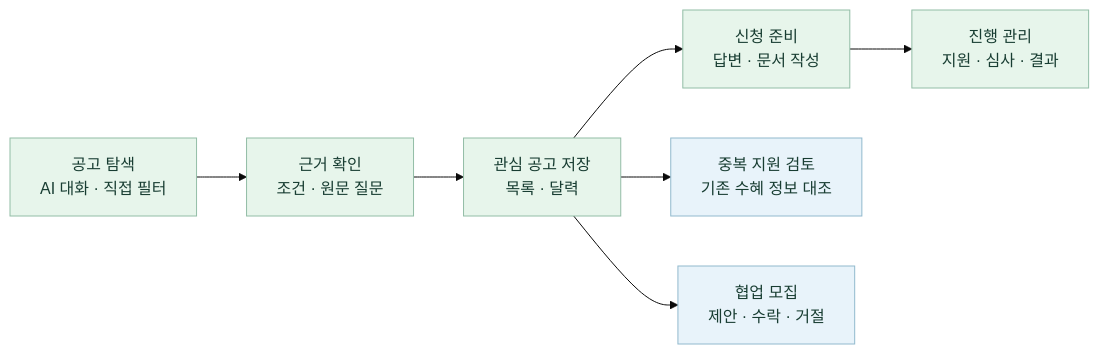
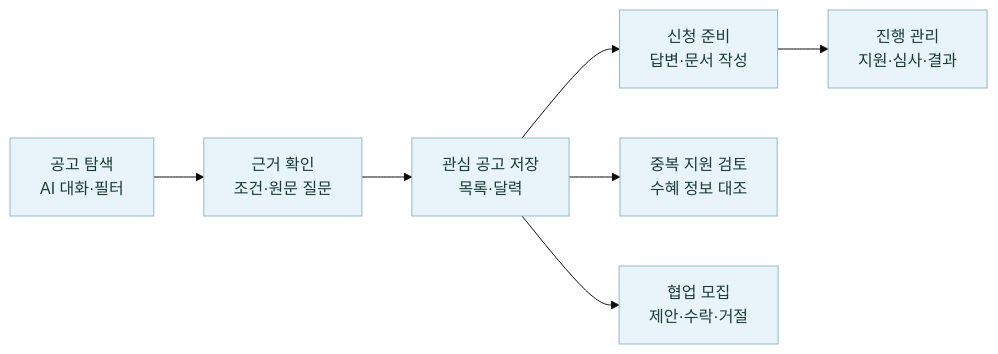
Before and after one commit to 20220348-kim/SKN34-4th-1Team: the first of 17 diagrams in README.md, drawn with Mermaid (base theme). The commit also changed other lines of this file and 1 other file, not shown here.

````diff
--- a/README.md
+++ b/README.md
@@ -63,13 +63,11 @@
 ```mermaid
 flowchart LR
-    Search["공고 탐색<br/>AI 대화 · 직접 필터"] --> Evidence["근거 확인<br/>조건 · 원문 질문"]
-    Evidence --> Save["관심 공고 저장<br/>목록 · 달력"]
-    Save --> Document["신청 준비<br/>답변 · 문서 작성"]
-    Document --> Progress["진행 관리<br/>지원 · 심사 · 결과"]
-    Save --> Review["중복 지원 검토<br/>기존 수혜 정보 대조"]
-    Save --> Partner["협업 모집<br/>제안 · 수락 · 거절"]
-    classDef step fill:#e7f5eb,stroke:#92bda6,color:#183d32
-    classDef related fill:#e8f3fa,stroke:#91b9cd,color:#183d32
-    class Search,Evidence,Save,Document,Progress step
-    class Review,Partner related
+    Search["공고 탐색<br/>AI 대화·필터"] --> Evidence["근거 확인<br/>조건·원문 질문"]
+    Evidence --> Save["관심 공고 저장<br/>목록·달력"]
+    Save --> Document["신청 준비<br/>답변·문서 작성"]
+    Document --> Progress["진행 관리<br/>지원·심사·결과"]
+    Save --> Review["중복 지원 검토<br/>수혜 정보 대조"]
+    Save --> Partner["협업 모집<br/>제안·수락·거절"]
+    classDef client fill:#e8f3fa,stroke:#91b9cd,color:#183d32
+    class Search,Evidence,Save,Document,Progress,Review,Partner client
 ```
````
